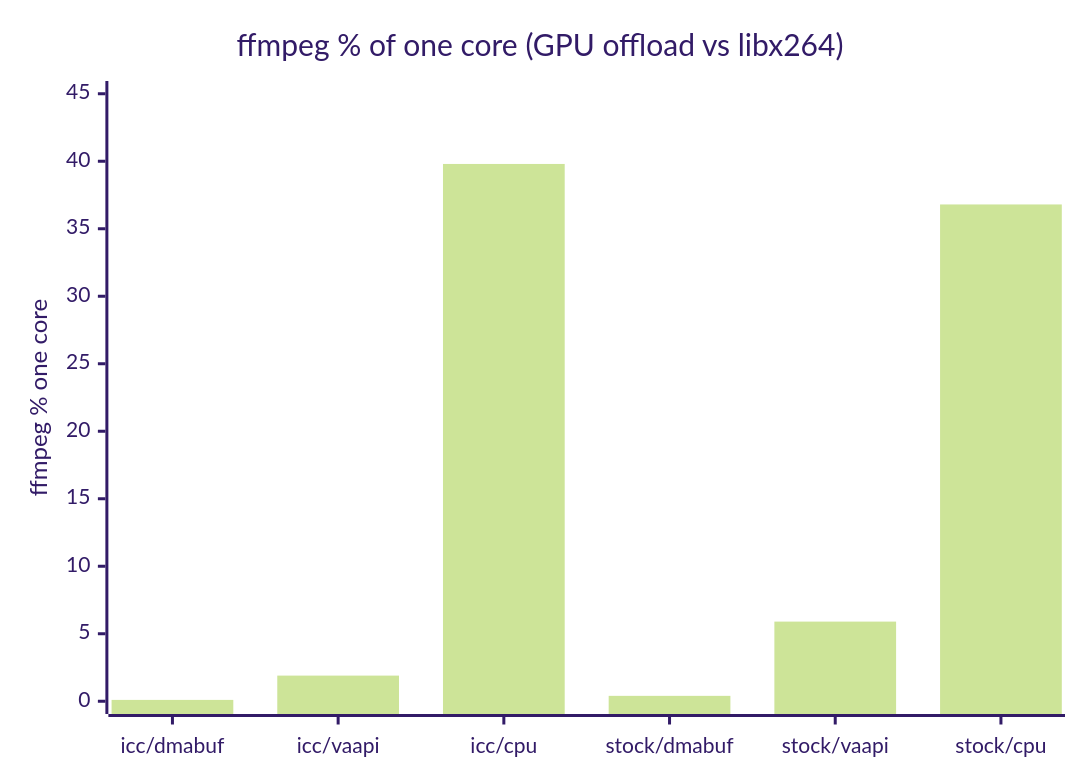
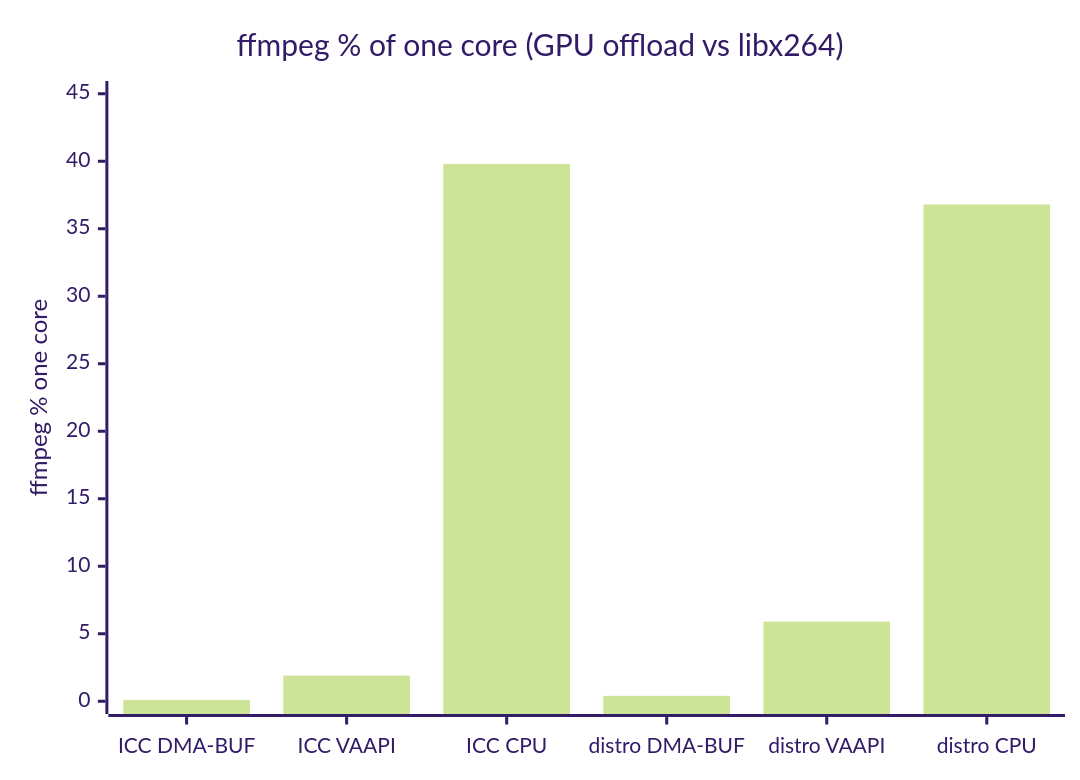
One commit to realchrisolin/omarchy-miracast changed the second of 2 diagrams in BENCHMARKS.md. Above: the diagram before and after it, drawn with Mermaid (forest theme). The commit also changed other lines of this file and 4 other files, not shown here.

````diff
--- a/BENCHMARKS.md
+++ b/BENCHMARKS.md
@@ -92,7 +107,7 @@
 ```mermaid
 xychart-beta
     title "ffmpeg % of one core (GPU offload vs libx264)"
-    x-axis ["icc/dmabuf", "icc/vaapi", "icc/cpu", "stock/dmabuf", "stock/vaapi", "stock/cpu"]
+    x-axis ["ICC DMA-BUF", "ICC VAAPI", "ICC CPU", "distro DMA-BUF", "distro VAAPI", "distro CPU"]
     y-axis "ffmpeg % one core" 0 --> 45
     bar [0.1, 1.9, 39.8, 0.4, 5.9, 36.8]
 ```
````
